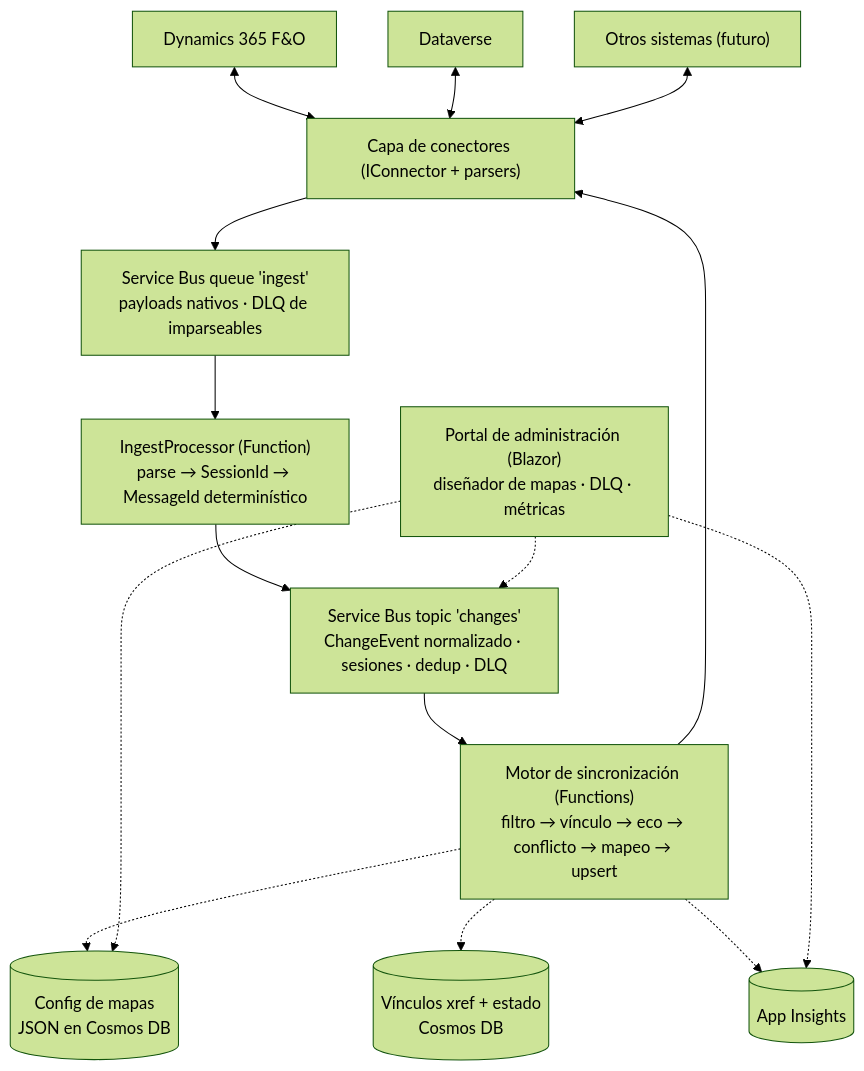
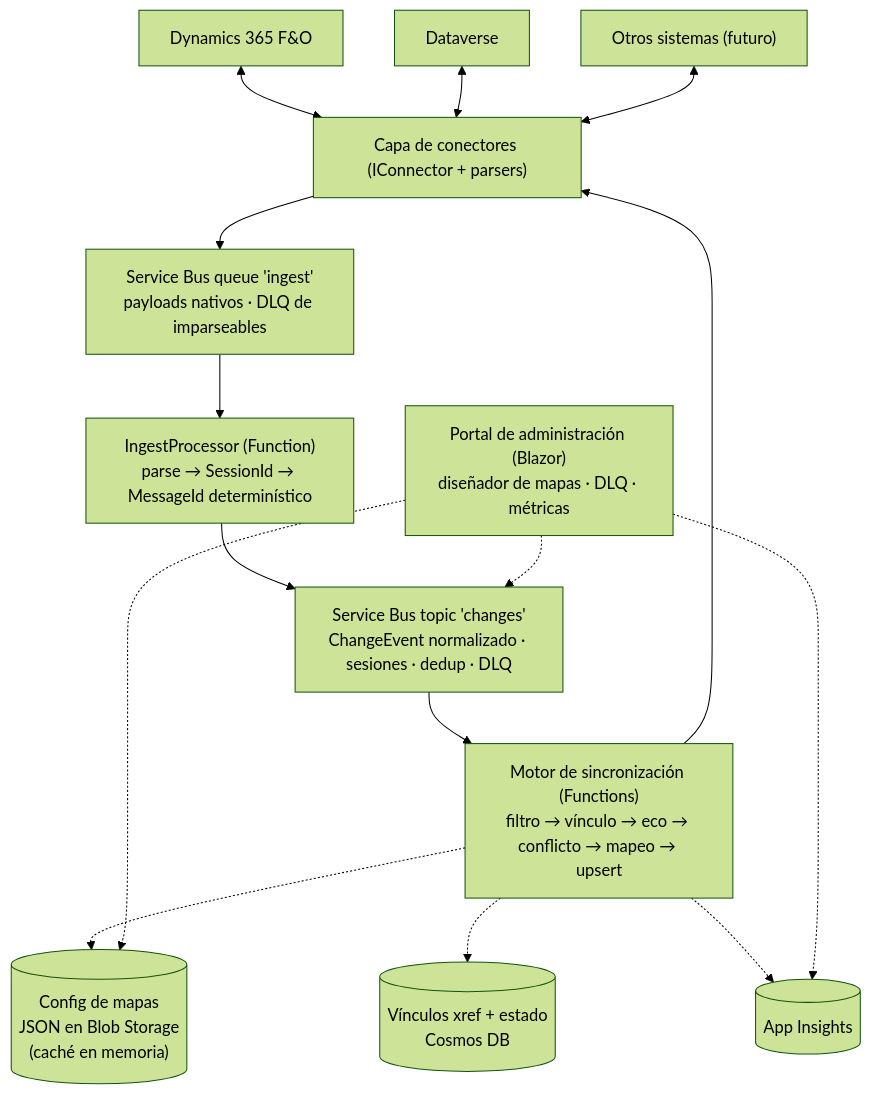
One commit to sebasdiaz/AxxonAzureIntegrator changed the diagram in docs/architecture.md. Above: the diagram before and after it, drawn with Mermaid (forest theme). The commit also changed other lines of this file and 11 other files, not shown here.

First line of the commit message:
Move entity map storage from Cosmos to Blob Storage

````diff
--- a/docs/architecture.md
+++ b/docs/architecture.md
@@ -28,17 +28,17 @@
 ```mermaid
 flowchart TB
     FO["Dynamics 365 F&O"] <--> CONN
     DV["Dataverse"] <--> CONN
     OTROS["Otros sistemas (futuro)"] <--> CONN
     CONN["Capa de conectores (IConnector + parsers)"] --> INGEST
     INGEST["Service Bus queue 'ingest'\npayloads nativos · DLQ de imparseables"] --> INGF
     INGF["IngestProcessor (Function)\nparse → SessionId → MessageId determinístico"] --> SB
     SB["Service Bus topic 'changes'\nChangeEvent normalizado · sesiones · dedup · DLQ"] --> ENGINE
     ENGINE["Motor de sincronización (Functions)\nfiltro → vínculo → eco → conflicto → mapeo → upsert"] --> CONN
-    ENGINE -.-> MAPS[("Config de mapas\nJSON en Cosmos DB")]
+    ENGINE -.-> MAPS[("Config de mapas\nJSON en Blob Storage\n(caché en memoria)")]
     ENGINE -.-> XREF[("Vínculos xref + estado\nCosmos DB")]
     ENGINE -.-> AI[("App Insights")]
     PORTAL["Portal de administración (Blazor)\ndiseñador de mapas · DLQ · métricas"] -.-> MAPS
     PORTAL -.-> SB
     PORTAL -.-> AI
 ```
````
